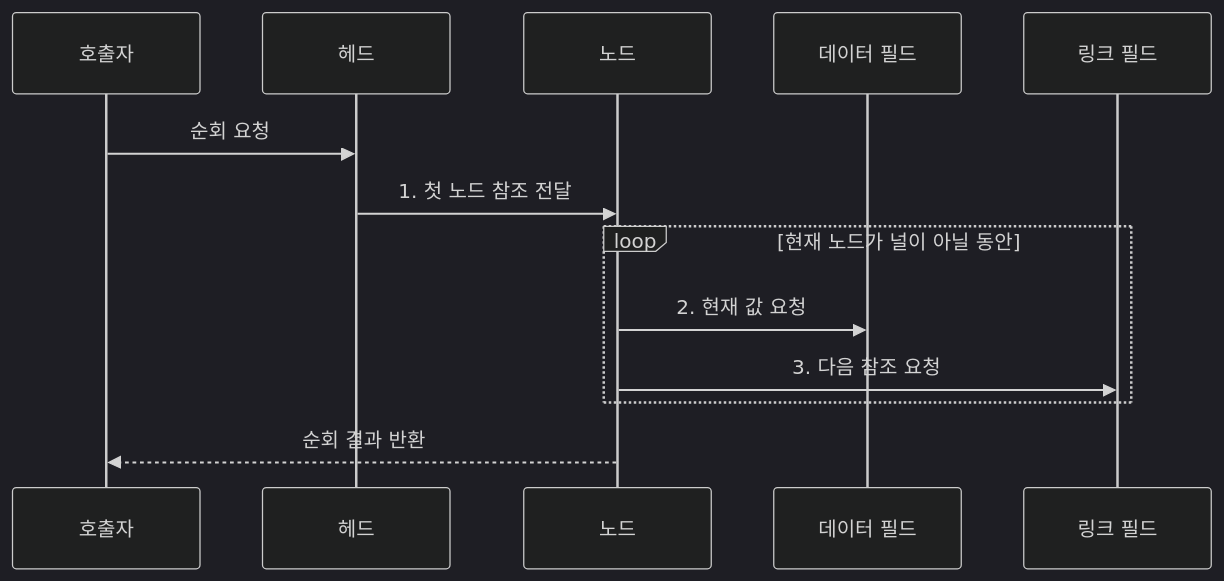
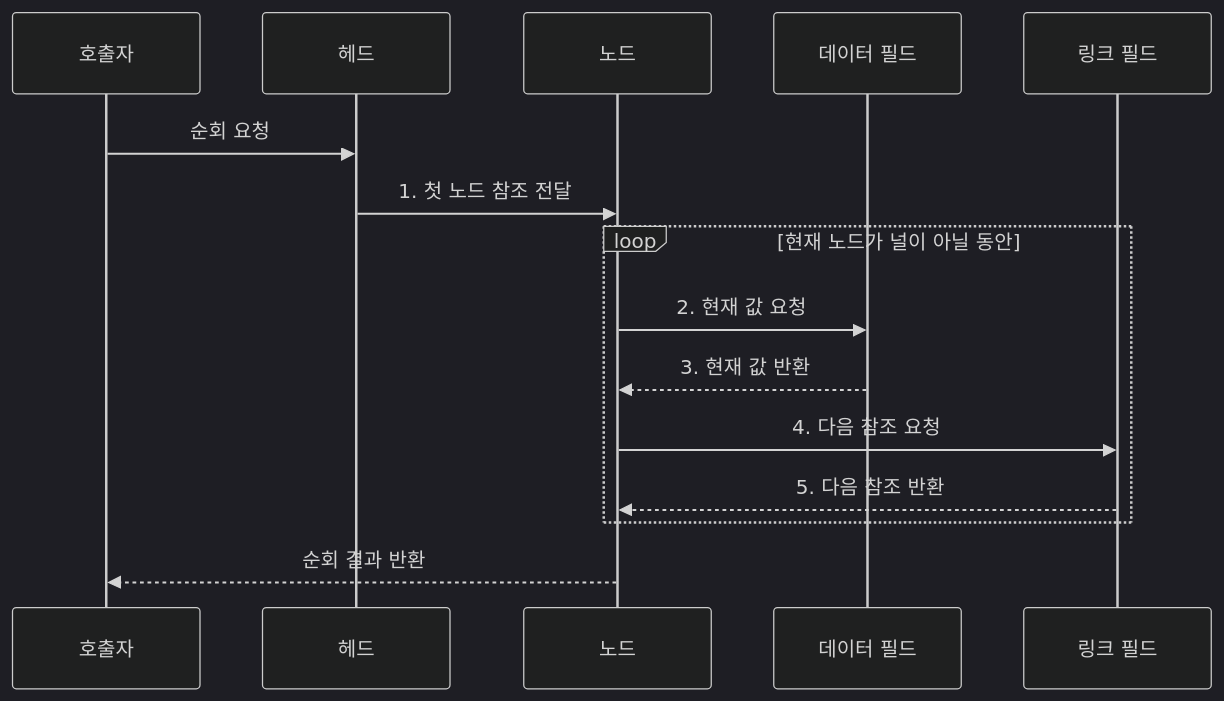
The second of 2 diagrams in src/content/docs/notes/01-basic-theory/006_linked_list.md (agnusdei1207/knowledge-base), drawn with Mermaid (dark theme) before and after one commit. The commit also changed other lines of this file and 19 other files, not shown here.

````diff
--- a/src/content/docs/notes/01-basic-theory/006_linked_list.md
+++ b/src/content/docs/notes/01-basic-theory/006_linked_list.md
@@ -83,15 +82,17 @@
 ```mermaid
 sequenceDiagram
     participant Q as 호출자
     participant H as 헤드
     participant N as 노드
     participant D as 데이터 필드
     participant L as 링크 필드
     Q->>H: 순회 요청
     H->>N: 1. 첫 노드 참조 전달
     loop 현재 노드가 널이 아닐 동안
         N->>D: 2. 현재 값 요청
-        N->>L: 3. 다음 참조 요청
+        D-->>N: 3. 현재 값 반환
+        N->>L: 4. 다음 참조 요청
+        L-->>N: 5. 다음 참조 반환
     end
     N-->>Q: 순회 결과 반환
 ```
````
